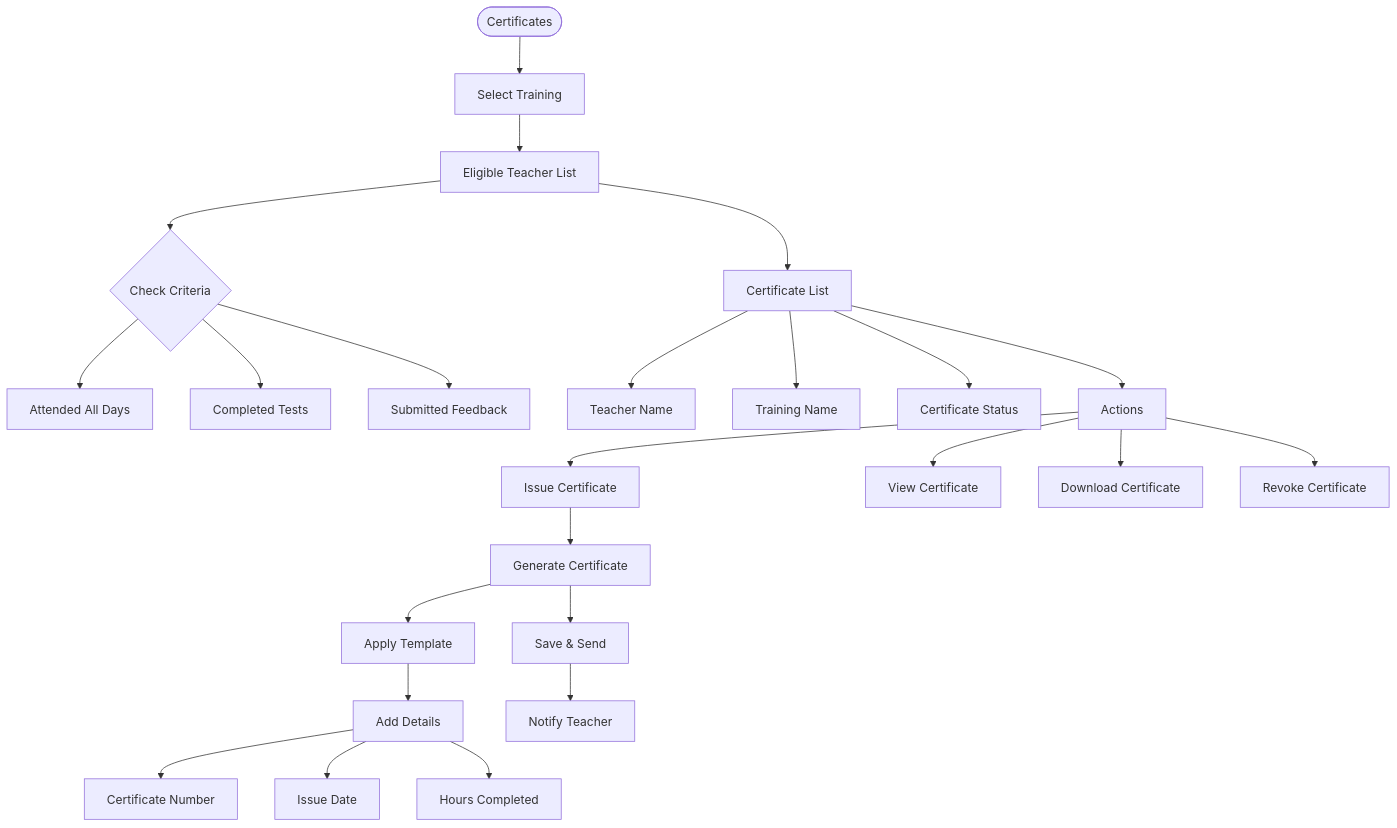
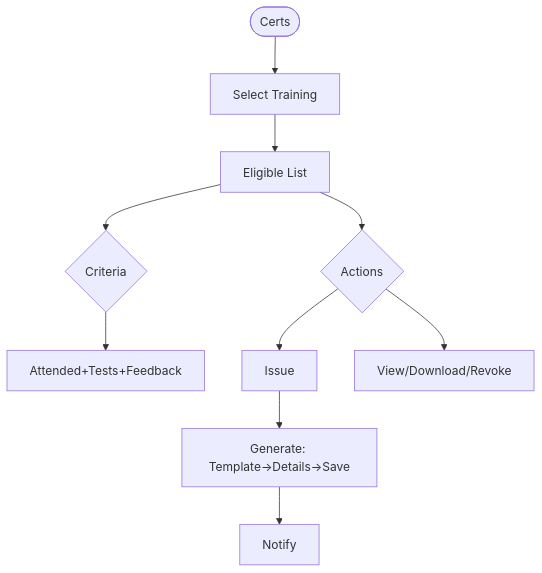
The tenth of 49 diagrams in TRAINING_CALENDAR_FLOW_DIAGRAMS.md (gunjangupta-gh/placeintern), drawn with Mermaid before and after one commit. The commit also changed other lines of this file and 6 other files, not shown here.

````diff
--- a/TRAINING_CALENDAR_FLOW_DIAGRAMS.md
+++ b/TRAINING_CALENDAR_FLOW_DIAGRAMS.md
@@ -397,31 +175,9 @@
 ```mermaid
 flowchart TD
-    CERTS([Certificates]) --> SELECT[Select Training]
-
-    SELECT --> ELIGIBLE[Eligible Teacher List]
-    ELIGIBLE --> CRITERIA{Check Criteria}
-    CRITERIA --> ATTENDED[Attended All Days]
-    CRITERIA --> COMPLETED_TEST[Completed Tests]
-    CRITERIA --> SUBMITTED_FEEDBACK[Submitted Feedback]
-
-    ELIGIBLE --> LIST[Certificate List]
-    LIST --> TEACHER_NAME[Teacher Name]
-    LIST --> TRAINING[Training Name]
-    LIST --> STATUS[Certificate Status]
-    LIST --> ACTIONS[Actions]
-
-    ACTIONS --> ISSUE[Issue Certificate]
-    ACTIONS --> VIEW[View Certificate]
-    ACTIONS --> DOWNLOAD[Download Certificate]
-    ACTIONS --> REVOKE[Revoke Certificate]
-
-    ISSUE --> GENERATE[Generate Certificate]
-    GENERATE --> TEMPLATE[Apply Template]
-    TEMPLATE --> DETAILS[Add Details]
-    DETAILS --> CERT_NO[Certificate Number]
-    DETAILS --> ISSUE_DATE[Issue Date]
-    DETAILS --> HOURS[Hours Completed]
-
-    GENERATE --> SAVE_CERT[Save & Send]
-    SAVE_CERT --> NOTIFY[Notify Teacher]
+    A([Certs])-->B[Select Training]-->C[Eligible List]
+    C-->D{Criteria}
+    D-->E[Attended+Tests+Feedback]
+    C-->F{Actions}
+    F-->G[Issue]-->H[Generate: Template→Details→Save]-->I[Notify]
+    F-->J[View/Download/Revoke]
 ```
````
